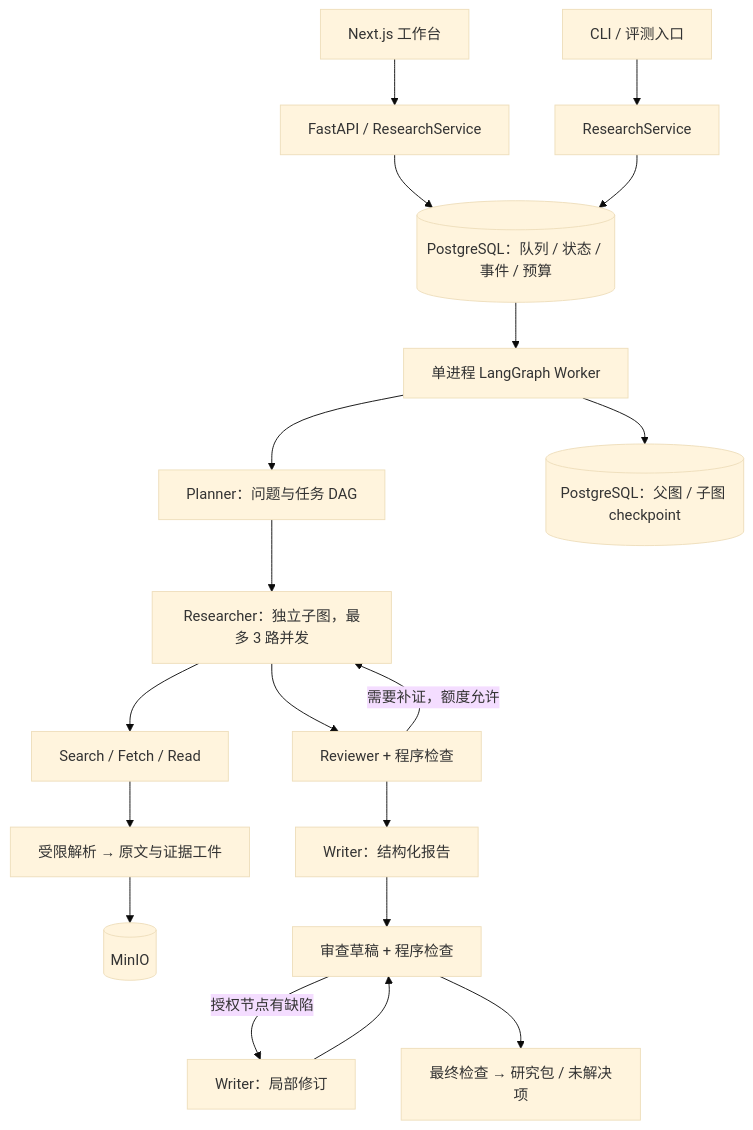
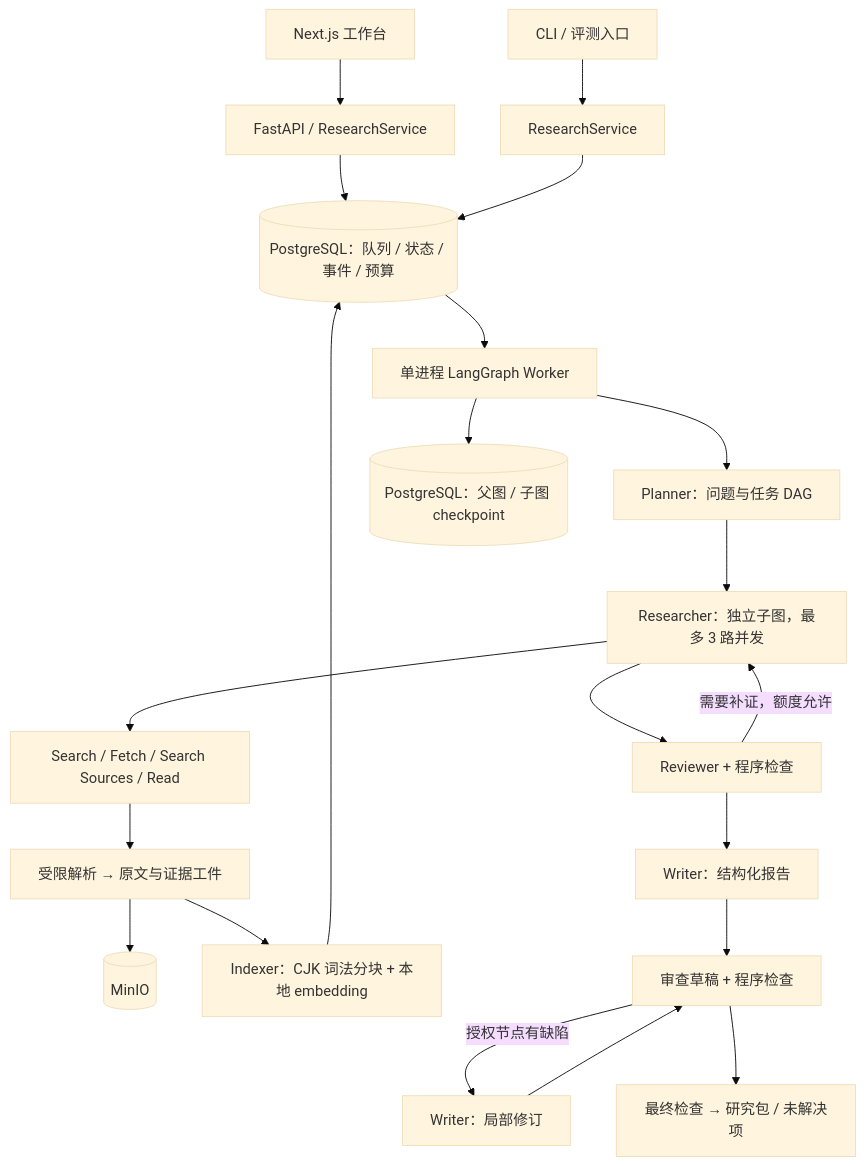
One commit to Issac-TJC/deep-research-agent changed the diagram in README.md. Above: the diagram before and after it, drawn with Mermaid (base theme). The commit also changed other lines of this file and 33 other files, not shown here.

````diff
--- a/README.md
+++ b/README.md
@@ -25,21 +27,23 @@
 ```mermaid
 flowchart TD
     UI[Next.js 工作台] --> API[FastAPI / ResearchService]
     CLI[CLI / 评测入口] --> SVC[ResearchService]
     API --> DB[(PostgreSQL：队列 / 状态 / 事件 / 预算)]
     SVC --> DB
     DB --> W[单进程 LangGraph Worker]
     W --> P[Planner：问题与任务 DAG]
     P --> R[Researcher：独立子图，最多 3 路并发]
-    R --> T[Search / Fetch / Read]
+    R --> T[Search / Fetch / Search Sources / Read]
     T --> E[受限解析 → 原文与证据工件]
     E --> OBJ[(MinIO)]
+    E --> IDX[Indexer：CJK 词法分块 + 本地 embedding]
+    IDX --> DB
     R --> V[Reviewer + 程序检查]
     V -->|需要补证，额度允许| R
     V --> WR[Writer：结构化报告]
     WR --> V2[审查草稿 + 程序检查]
     V2 -->|授权节点有缺陷| PATCH[Writer：局部修订]
     PATCH --> V2
     V2 --> PUB[最终检查 → 研究包 / 未解决项]
     W --> CP[(PostgreSQL：父图 / 子图 checkpoint)]
 ```
````
